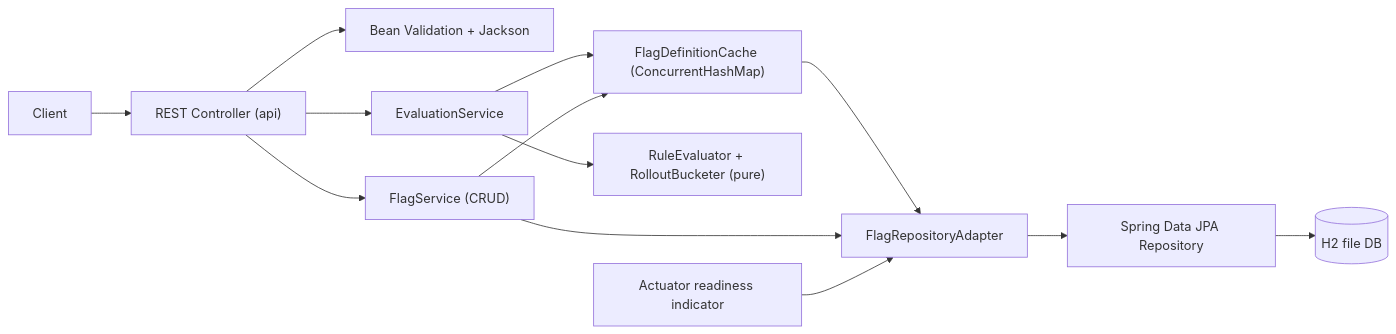
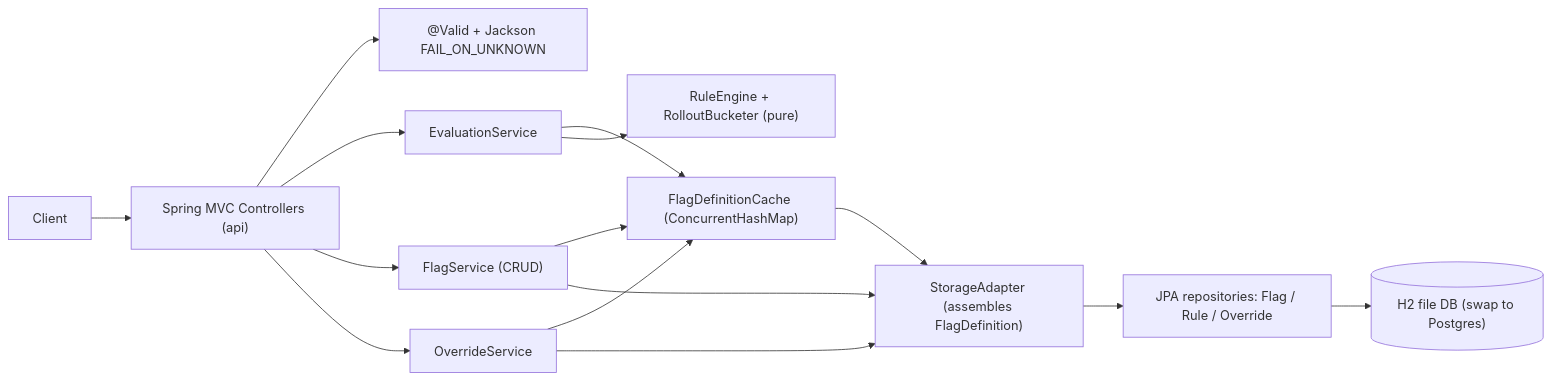
One commit to karansdoshi/featureFlagService changed the first of 4 diagrams in docs/architecture.md. Above: the diagram before and after it, drawn with Mermaid. The commit also changed other lines of this file and 49 other files, not shown here.

````diff
--- a/docs/architecture.md
+++ b/docs/architecture.md
@@ -8,15 +8,17 @@
 ```mermaid
 flowchart LR
-  Client["Client"] --> Controller["REST Controller (api)"]
-  Controller --> Validation["Bean Validation + Jackson"]
-  Controller --> EvalSvc["EvaluationService"]
-  Controller --> FlagSvc["FlagService (CRUD)"]
+  Client["Client"] --> Controllers["Spring MVC Controllers (api)"]
+  Controllers --> Validation["@Valid + Jackson FAIL_ON_UNKNOWN"]
+  Controllers --> EvalSvc["EvaluationService"]
+  Controllers --> FlagSvc["FlagService (CRUD)"]
+  Controllers --> OvrSvc["OverrideService"]
   EvalSvc --> Cache["FlagDefinitionCache (ConcurrentHashMap)"]
   FlagSvc --> Cache
-  EvalSvc --> Evaluator["RuleEvaluator + RolloutBucketer (pure)"]
-  Cache --> Adapter["FlagRepositoryAdapter"]
+  OvrSvc --> Cache
+  EvalSvc --> Engine["RuleEngine + RolloutBucketer (pure)"]
+  Cache --> Adapter["StorageAdapter (assembles FlagDefinition)"]
   FlagSvc --> Adapter
-  Adapter --> Repo["Spring Data JPA Repository"]
-  Repo --> DB[("H2 file DB")]
-  Readiness["Actuator readiness indicator"] --> Adapter
+  OvrSvc --> Adapter
+  Adapter --> Repos["JPA repositories: Flag / Rule / Override"]
+  Repos --> DB[("H2 file DB (swap to Postgres)")]
 ```
````
